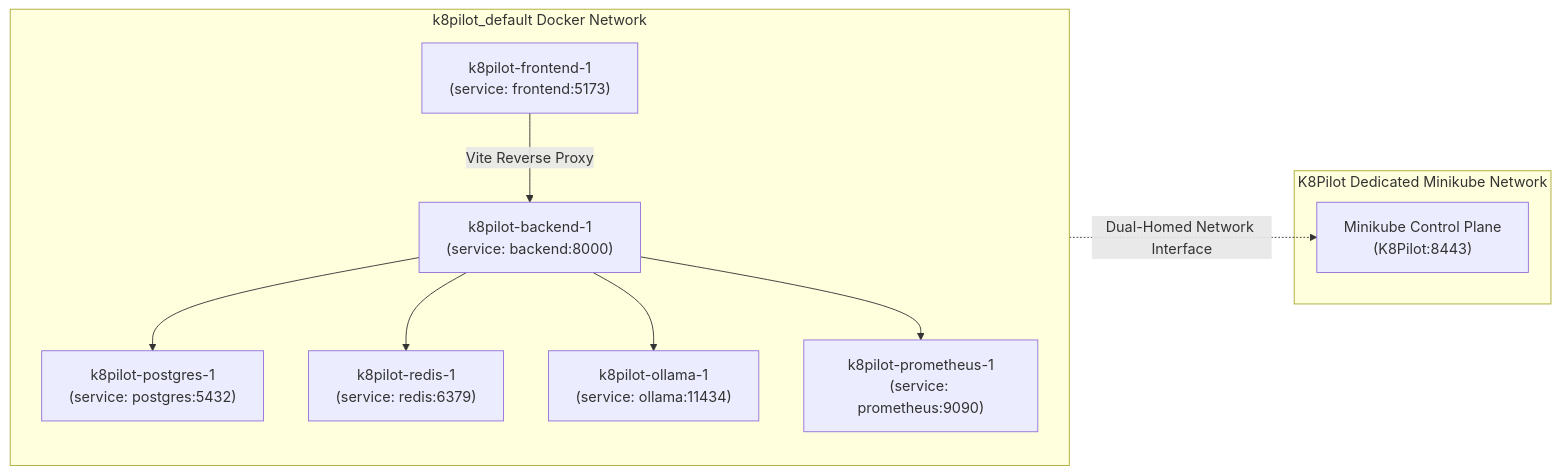
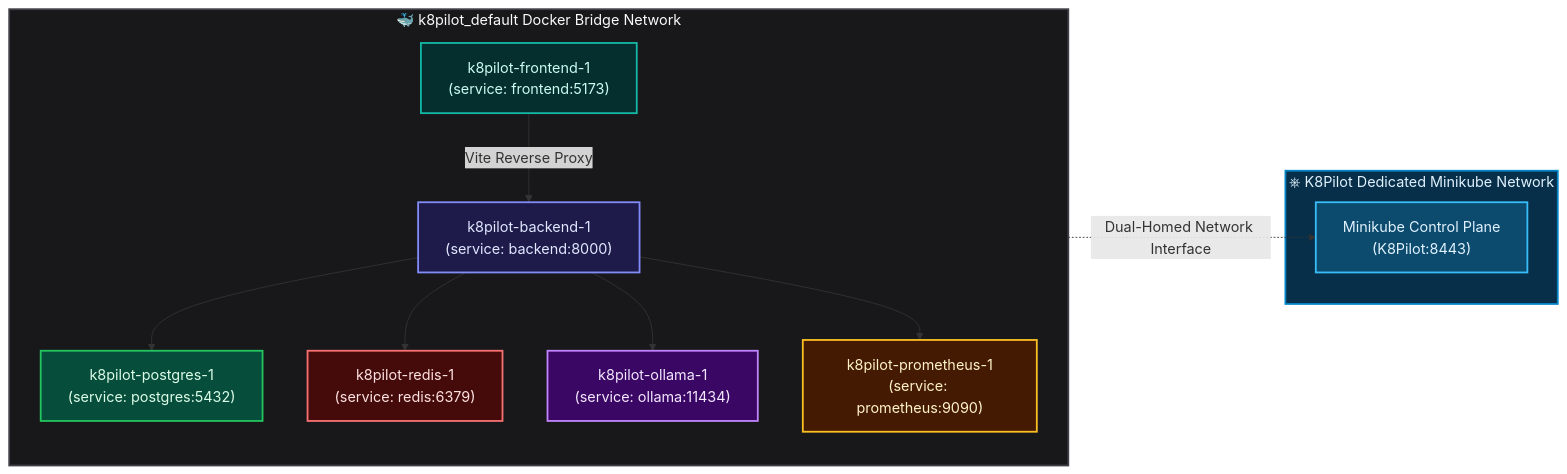
The second of 6 diagrams in ARCHITECTURE.md (yashasbn/K8Pilot), drawn with Mermaid before and after one commit. The commit also changed other lines of this file, not shown here.

Commit message:
docs: add vibrant color palettes and custom styling to mermaid architecture diagrams

````diff
--- a/ARCHITECTURE.md
+++ b/ARCHITECTURE.md
@@ -61,23 +74,34 @@
 ```mermaid
 flowchart LR
-    subgraph DockerBridge["k8pilot_default Docker Network"]
+    classDef feBox fill:#042f2e,stroke:#14b8a6,stroke-width:2px,color:#ccfbf1;
+    classDef beBox fill:#1e1b4b,stroke:#818cf8,stroke-width:2px,color:#e0e7ff;
+    classDef pgBox fill:#064e3b,stroke:#22c55e,stroke-width:2px,color:#dcfce7;
+    classDef rdBox fill:#450a0a,stroke:#f87171,stroke-width:2px,color:#fee2e2;
+    classDef olBox fill:#3b0764,stroke:#c084fc,stroke-width:2px,color:#f3e8ff;
+    classDef prBox fill:#451a03,stroke:#fbbf24,stroke-width:2px,color:#fef3c7;
+    classDef k8sBox fill:#0c4a6e,stroke:#38bdf8,stroke-width:2px,color:#e0f2fe;
+
+    subgraph DockerBridge["🐳 k8pilot_default Docker Bridge Network"]
         direction TB
-        c_fe["k8pilot-frontend-1<br/>(service: frontend:5173)"]
-        c_be["k8pilot-backend-1<br/>(service: backend:8000)"]
-        c_pg["k8pilot-postgres-1<br/>(service: postgres:5432)"]
-        c_redis["k8pilot-redis-1<br/>(service: redis:6379)"]
-        c_ol["k8pilot-ollama-1<br/>(service: ollama:11434)"]
-        c_prom["k8pilot-prometheus-1<br/>(service: prometheus:9090)"]
+        c_fe["k8pilot-frontend-1<br/>(service: frontend:5173)"]:::feBox
+        c_be["k8pilot-backend-1<br/>(service: backend:8000)"]:::beBox
+        c_pg["k8pilot-postgres-1<br/>(service: postgres:5432)"]:::pgBox
+        c_redis["k8pilot-redis-1<br/>(service: redis:6379)"]:::rdBox
+        c_ol["k8pilot-ollama-1<br/>(service: ollama:11434)"]:::olBox
+        c_prom["k8pilot-prometheus-1<br/>(service: prometheus:9090)"]:::prBox
     end
 
-    subgraph MinikubeNet["K8Pilot Dedicated Minikube Network"]
-        c_k8s["Minikube Control Plane<br/>(K8Pilot:8443)"]
+    subgraph MinikubeNet["⎈ K8Pilot Dedicated Minikube Network"]
+        c_k8s["Minikube Control Plane<br/>(K8Pilot:8443)"]:::k8sBox
     end
 
     c_fe -->|"Vite Reverse Proxy"| c_be
     c_be --> c_pg
     c_be --> c_redis
     c_be --> c_ol
     c_be --> c_prom
     c_be -.->|"Dual-Homed Network Interface"| c_k8s
+
+    style DockerBridge fill:#18181b,stroke:#3f3f46,stroke-width:2px,color:#fafafa
+    style MinikubeNet fill:#082f49,stroke:#0284c7,stroke-width:2px,color:#e0f2fe
 ```
````
